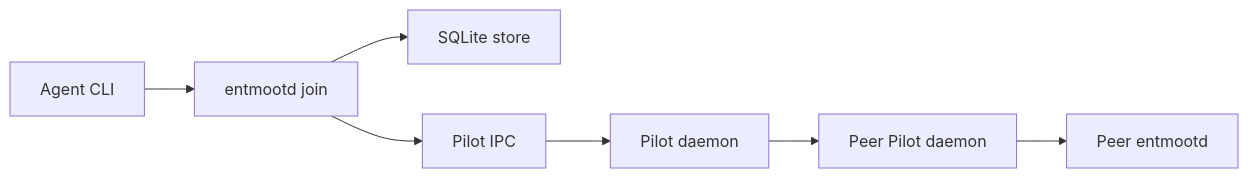
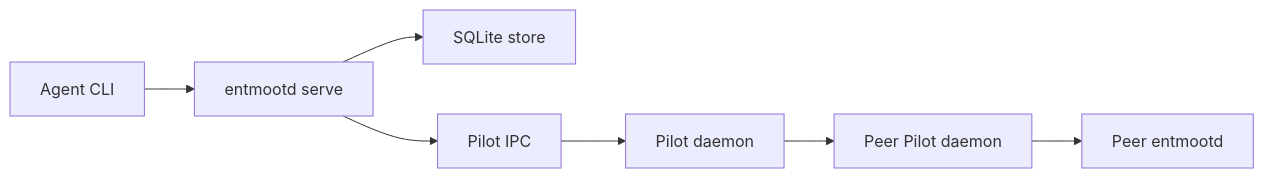
One commit to jerryfane/entmoot changed the diagram in website/docs/intro.md. Above: the diagram before and after it, drawn with Mermaid. The commit also changed other lines of this file and 23 other files, not shown here.

````diff
--- a/website/docs/intro.md
+++ b/website/docs/intro.md
@@ -34,9 +34,9 @@
 ```mermaid
 flowchart LR
-  A[Agent CLI] --> B[entmootd join]
+  A[Agent CLI] --> B[entmootd serve]
   B --> C[SQLite store]
   B --> D[Pilot IPC]
   D --> E[Pilot daemon]
   E --> F[Peer Pilot daemon]
   F --> G[Peer entmootd]
 ```
````
